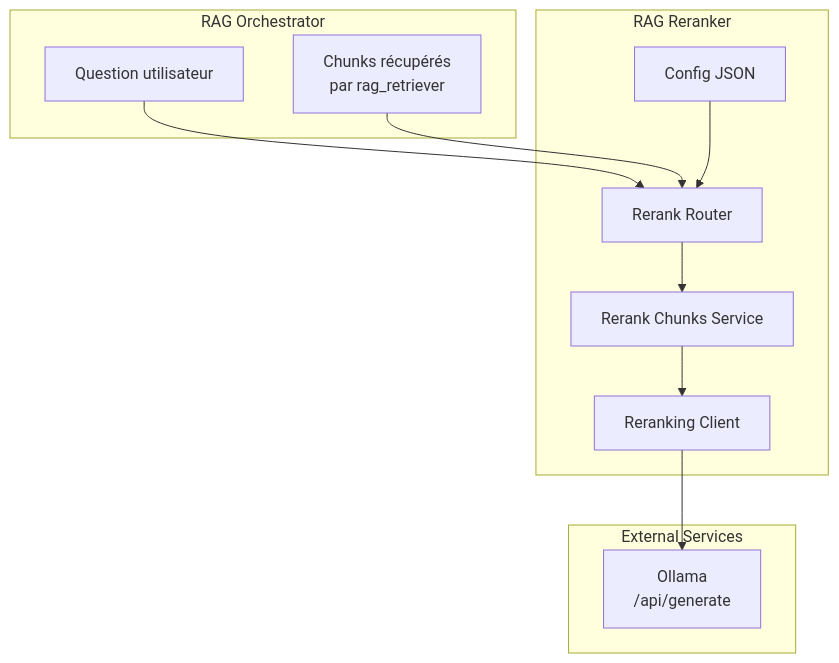
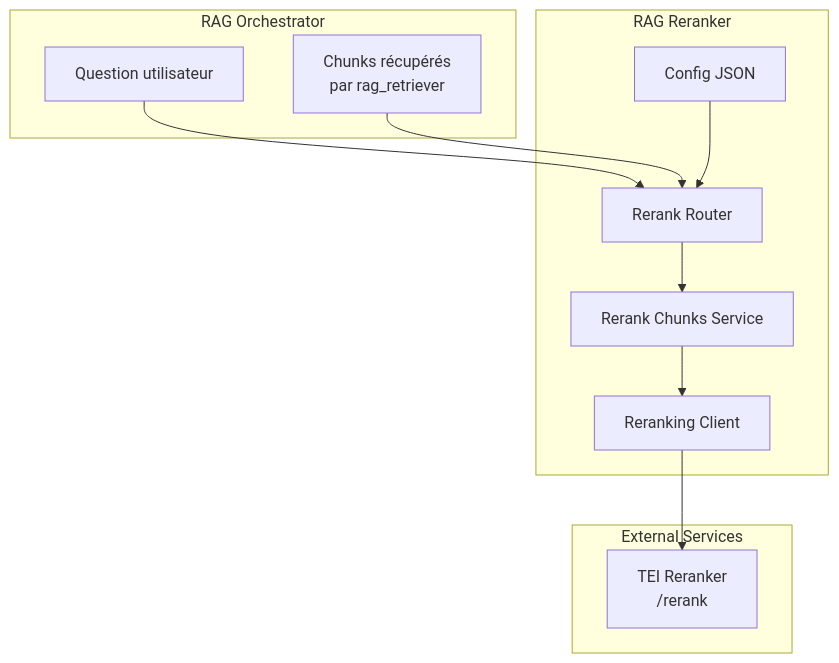
Before and after one commit to TanguyRaguenes/RAG: the first of 2 diagrams in rag_reranker/docs/index.md, drawn with Mermaid. The commit also changed other lines of this file and 21 other files, not shown here.

````diff
--- a/rag_reranker/docs/index.md
+++ b/rag_reranker/docs/index.md
@@ -22,25 +22,25 @@
 ```mermaid
 flowchart TD
     subgraph RAG Orchestrator
         A[Question utilisateur]
         B[Chunks récupérés<br/>par rag_retriever]
     end
 
     subgraph RAG Reranker
         C[Rerank Router]
         D[Rerank Chunks Service]
         E[Reranking Client]
         F[Config JSON]
     end
 
     subgraph External Services
-        G[Ollama<br/>/api/generate]
+        G[TEI Reranker<br/>/rerank]
     end
 
     A --> C
     B --> C
     C --> D
     D --> E
     F --> C
     E --> G
 ```
````
